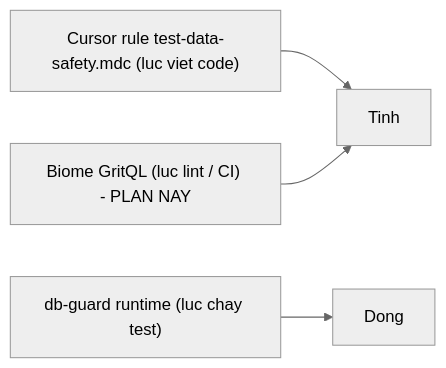
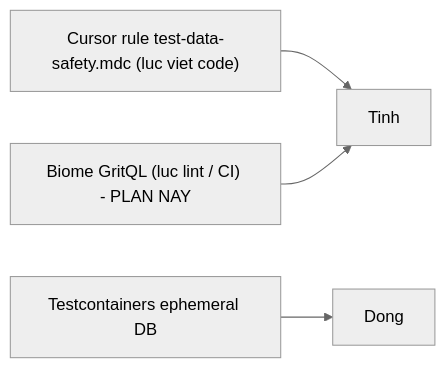
One commit to codeguru0x/megawin changed the diagram in .cursor/plans/biome-monorepo-migration/p2-01-test-data-safety-guard.plan.md. Above: the diagram before and after it, drawn with Mermaid (neutral theme). The commit also changed other lines of this file and 2077 other files, not shown here.

````diff
--- a/.cursor/plans/biome-monorepo-migration/p2-01-test-data-safety-guard.plan.md
+++ b/.cursor/plans/biome-monorepo-migration/p2-01-test-data-safety-guard.plan.md
@@ -13,6 +13,6 @@
 ```mermaid
 flowchart LR
   ai["Cursor rule test-data-safety.mdc (luc viet code)"] --> tinh[Tinh]
   lint["Biome GritQL (luc lint / CI) - PLAN NAY"] --> tinh
-  guard["db-guard runtime (luc chay test)"] --> dong[Dong]
+  tc["Testcontainers ephemeral DB"] --> dong[Dong]
 ```
````
